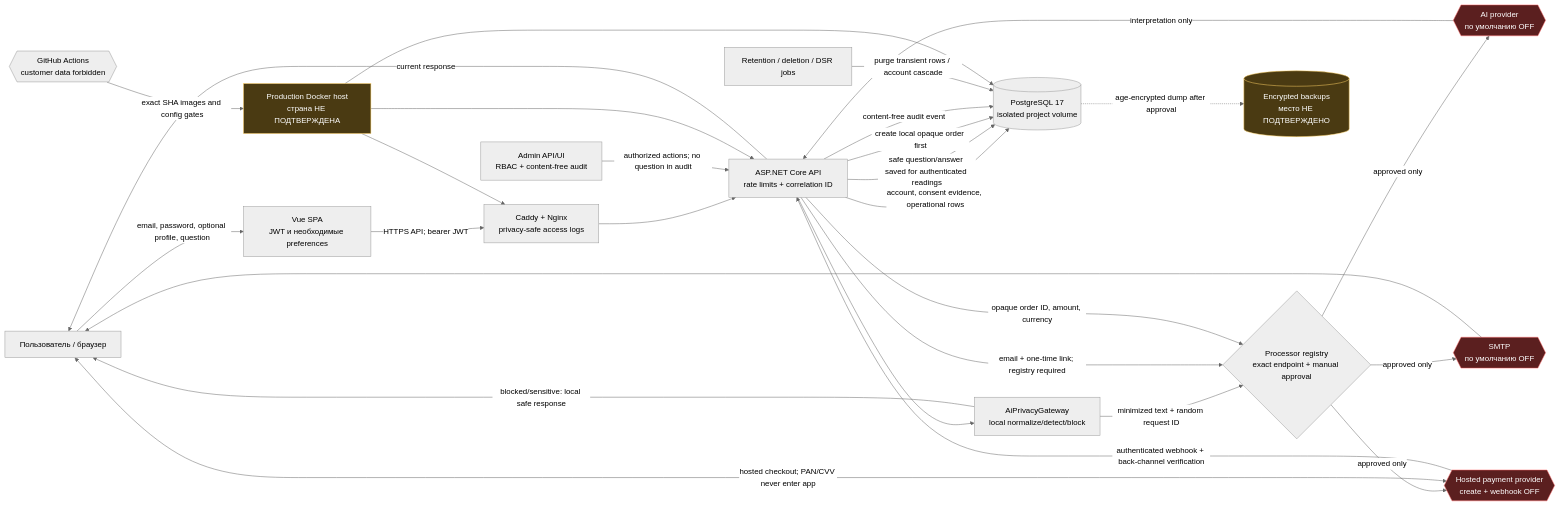
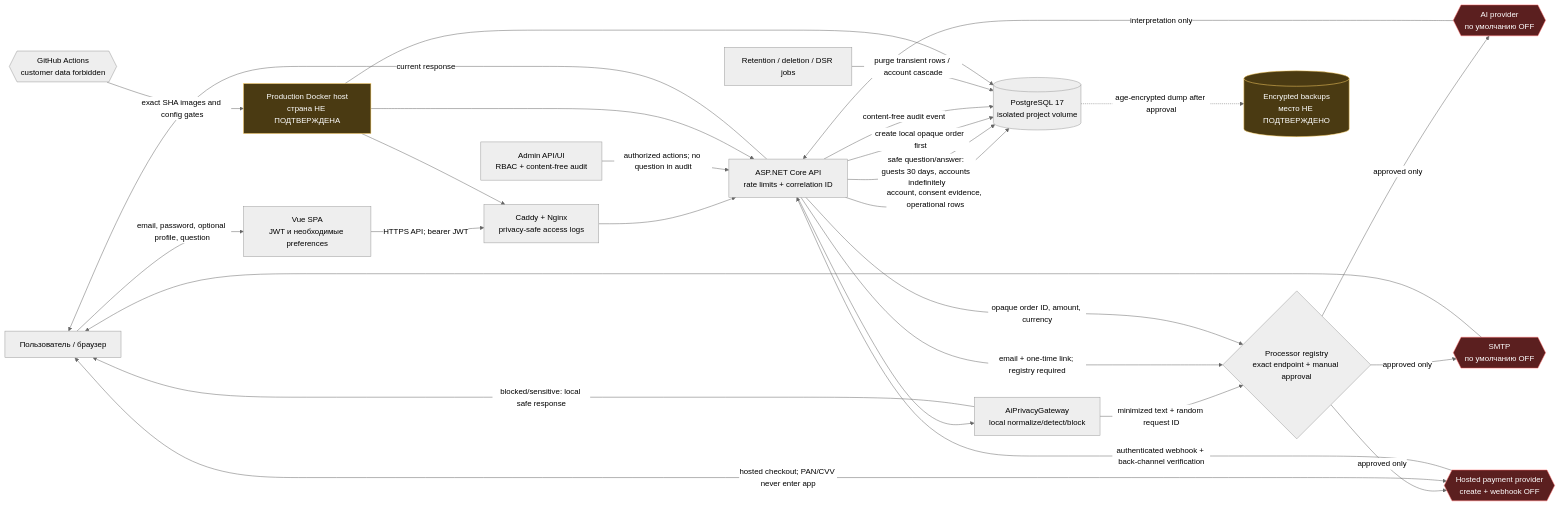
Before and after one commit to AlexDragonLore/future-viewer: the first of 6 diagrams in docs/compliance/DATA_FLOW.md, drawn with Mermaid (neutral theme). The commit also changed other lines of this file and 18 other files, not shown here.

````diff
--- a/docs/compliance/DATA_FLOW.md
+++ b/docs/compliance/DATA_FLOW.md
@@ -7,55 +7,55 @@
 ```mermaid
 flowchart LR
     U[Пользователь / браузер]
     FE[Vue SPA\nJWT и необходимые preferences]
     EDGE[Caddy + Nginx\nprivacy-safe access logs]
     API[ASP.NET Core API\nrate limits + correlation ID]
     GW[AiPrivacyGateway\nlocal normalize/detect/block]
     REG{Processor registry\nexact endpoint + manual approval}
     DB[(PostgreSQL 17\nisolated project volume)]
     JOBS[Retention / deletion / DSR jobs]
     AI{{AI provider\nпо умолчанию OFF}}
     SMTP{{SMTP\nпо умолчанию OFF}}
     PAY{{Hosted payment provider\ncreate + webhook OFF}}
     ADMIN[Admin API/UI\nRBAC + content-free audit]
     GH{{GitHub Actions\ncustomer data forbidden}}
     HOST[Production Docker host\nстрана НЕ ПОДТВЕРЖДЕНА]
     BACKUP[(Encrypted backups\nместо НЕ ПОДТВЕРЖДЕНО)]
 
     U -->|email, password, optional profile, question| FE
     FE -->|HTTPS API; bearer JWT| EDGE
     EDGE --> API
     API -->|account, consent evidence, operational rows| DB
     API --> GW
     GW -->|blocked/sensitive: local safe response| U
     GW -->|minimized text + random request ID| REG
     REG -->|approved only| AI
     AI -->|interpretation only| API
     API -->|current response| U
-    API -->|safe question/answer saved for authenticated readings| DB
+    API -->|safe question/answer: guests 30 days, accounts indefinitely| DB
 
     API -->|email + one-time link; registry required| REG
     REG -->|approved only| SMTP
     SMTP --> U
 
 
     API -->|create local opaque order first| DB
     API -->|opaque order ID, amount, currency| REG
     REG -->|approved only| PAY
     U <-->|hosted checkout; PAN/CVV never enter app| PAY
     PAY -->|authenticated webhook + back-channel verification| API
 
     ADMIN -->|authorized actions; no question in audit| API
     API -->|content-free audit event| DB
     JOBS -->|purge transient rows / account cascade| DB
     DB -.->|age-encrypted dump after approval| BACKUP
     GH -->|exact SHA images and config gates| HOST
     HOST --> EDGE
     HOST --> API
     HOST --> DB
 
     classDef blocked fill:#5b1f1f,stroke:#ff6b6b,color:#fff;
     classDef unknown fill:#4a3a12,stroke:#ffd166,color:#fff;
     class AI,SMTP,PAY blocked;
     class HOST,BACKUP unknown;
 ```
````
